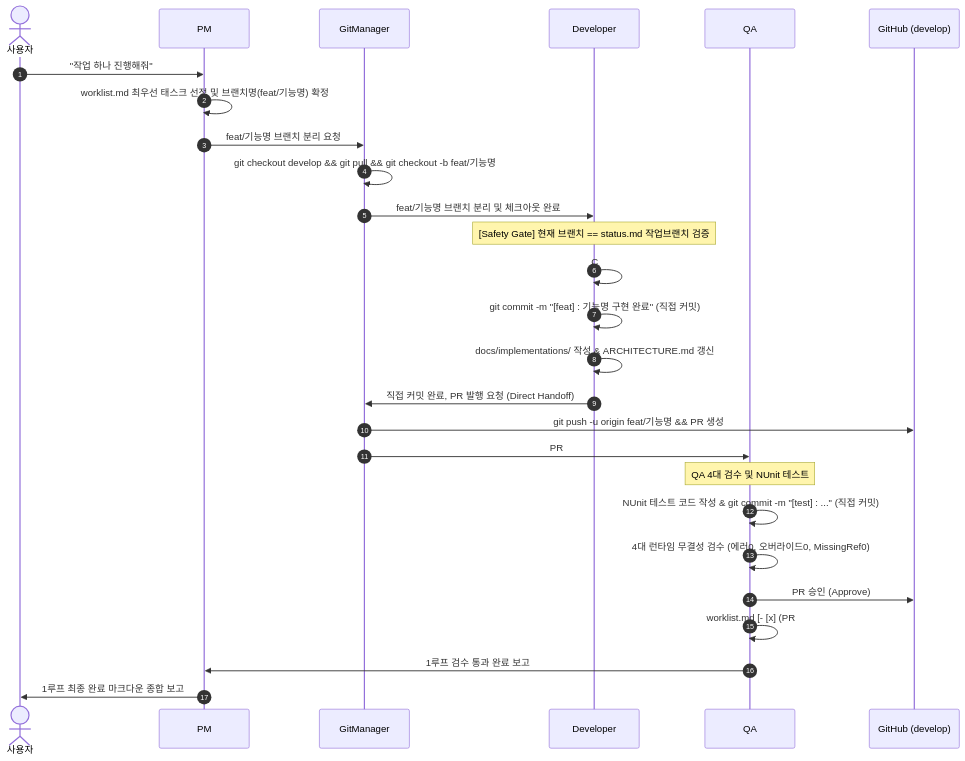
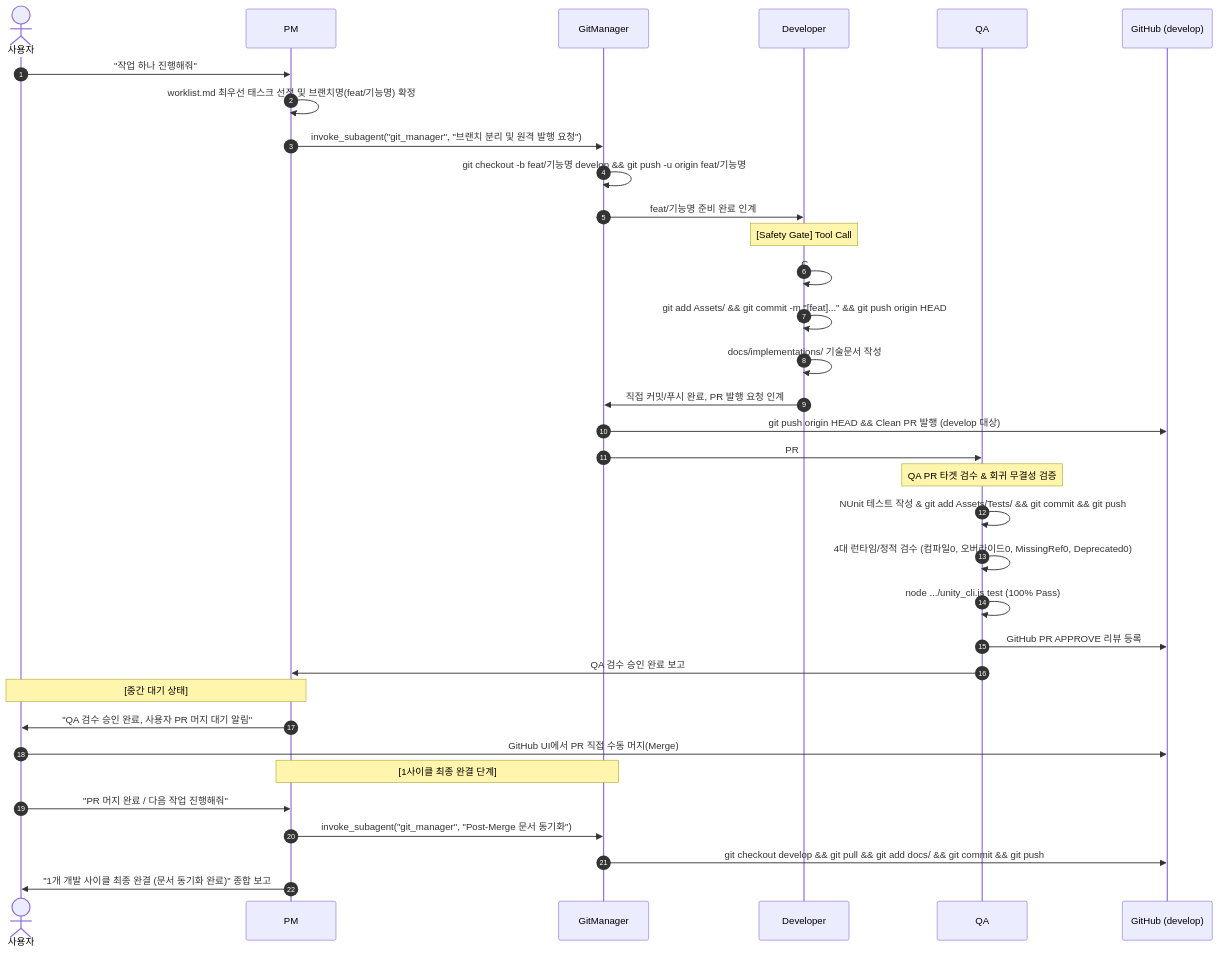
One commit to baewhv/Test_MCPv2 changed the second of 2 diagrams in README.md. Above: the diagram before and after it, drawn with Mermaid. The commit also changed other lines of this file and 4 other files, not shown here.

````diff
--- a/README.md
+++ b/README.md
@@ -73,34 +78,42 @@
 ```mermaid
 sequenceDiagram
     autonumber
     actor User as 사용자
     participant PM as PM
     participant GM as GitManager
     participant Dev as Developer
     participant QA as QA
     participant Git as GitHub (develop)
 
     User->>PM: "작업 하나 진행해줘"
     PM->>PM: worklist.md 최우선 태스크 선정 및 브랜치명(feat/기능명) 확정
-    PM->>GM: feat/기능명 브랜치 분리 요청
-    GM->>GM: git checkout develop && git pull && git checkout -b feat/기능명
-    GM->>Dev: feat/기능명 브랜치 분리 및 체크아웃 완료
+    PM->>GM: invoke_subagent("git_manager", "브랜치 분리 및 원격 발행 요청")
+    GM->>GM: git checkout -b feat/기능명 develop && git push -u origin feat/기능명
+    GM->>Dev: feat/기능명 준비 완료 인계
 
-    Note over Dev: [Safety Gate] 현재 브랜치 == status.md 작업브랜치 검증
-    Dev->>Dev: C# 코드 작성 & unity-cli-runner 사전 컴파일 검증
-    Dev->>Dev: git commit -m "[feat] : 기능명 구현 완료" (직접 커밋)
-    Dev->>Dev: docs/implementations/ 작성 & ARCHITECTURE.md 갱신
-    Dev->>GM: 직접 커밋 완료, PR 발행 요청 (Direct Handoff)
+    Note over Dev: [Safety Gate] Tool Call #1로 git branch 검증
+    Dev->>Dev: C# 코드 작성 & CLI 백그라운드 컴파일 검증
+    Dev->>Dev: git add Assets/ && git commit -m "[feat]..." && git push origin HEAD
+    Dev->>Dev: docs/implementations/ 기술문서 작성
+    Dev->>GM: 직접 커밋/푸시 완료, PR 발행 요청 인계
 
-    GM->>Git: git push -u origin feat/기능명 && PR 생성
-    GM->>QA: PR #nn 생성 완료, QA 검수 요청 (Direct Handoff)
+    GM->>Git: git push origin HEAD && Clean PR 발행 (develop 대상)
+    GM->>QA: PR #nn 생성 완료, QA 검수 요청 인계
 
-    Note over QA: QA 4대 검수 및 NUnit 테스트
-    QA->>QA: NUnit 테스트 코드 작성 & git commit -m "[test] : ..." (직접 커밋)
-    QA->>QA: 4대 런타임 무결성 검수 (에러0, 오버라이드0, MissingRef0)
-    QA->>Git: PR 승인 (Approve)
-    QA->>QA: worklist.md [- [x] (PR #nn)] 완료 체크
-    QA->>PM: 1루프 검수 통과 완료 보고
+    Note over QA: QA PR 타겟 검수 & 회귀 무결성 검증
+    QA->>QA: NUnit 테스트 작성 & git add Assets/Tests/ && git commit && git push
+    QA->>QA: 4대 런타임/정적 검수 (컴파일0, 오버라이드0, MissingRef0, Deprecated0)
+    QA->>QA: node .../unity_cli.js test (100% Pass)
+    QA->>Git: GitHub PR APPROVE 리뷰 등록
+    QA->>PM: QA 검수 승인 완료 보고
 
-    PM->>User: 1루프 최종 완료 마크다운 종합 보고
+    Note over PM,User: [중간 대기 상태]
+    PM->>User: "QA 검수 승인 완료, 사용자 PR 머지 대기 알림"
+    User->>Git: GitHub UI에서 PR 직접 수동 머지(Merge)
+
+    Note over PM,GM: [1사이클 최종 완결 단계]
+    User->>PM: "PR 머지 완료 / 다음 작업 진행해줘"
+    PM->>GM: invoke_subagent("git_manager", "Post-Merge 문서 동기화")
+    GM->>Git: git checkout develop && git pull && git add docs/ && git commit && git push
+    PM->>User: "1개 개발 사이클 최종 완결 (문서 동기화 완료)" 종합 보고
 ```
````
